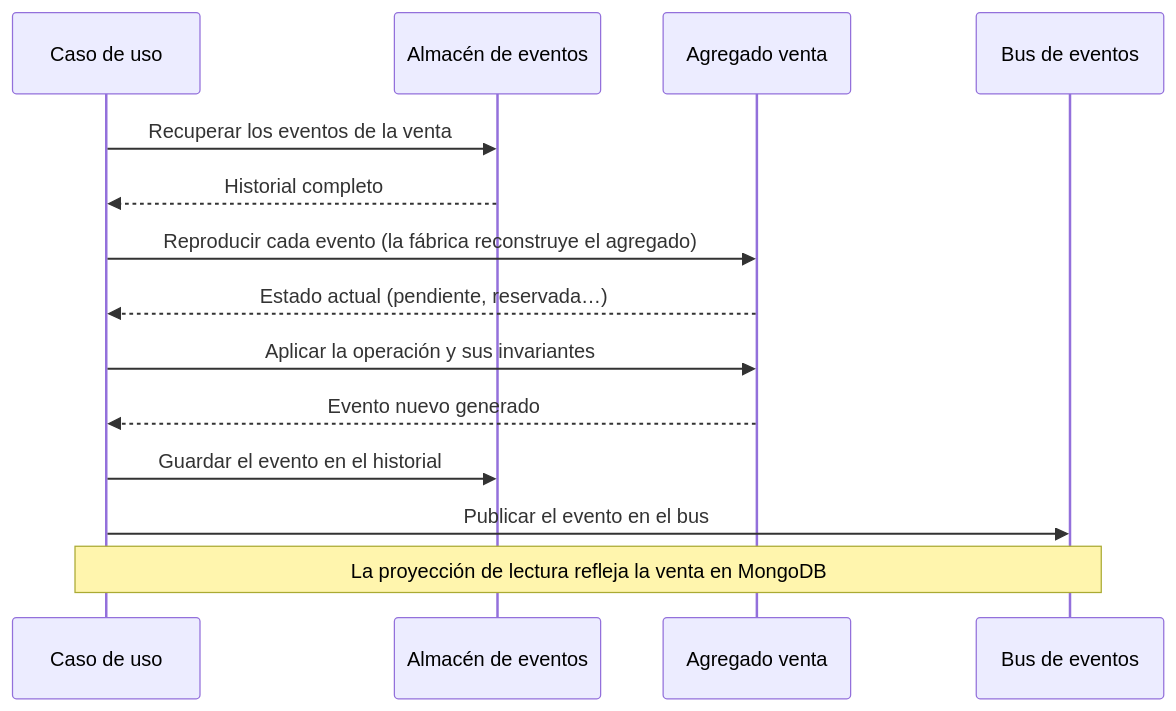
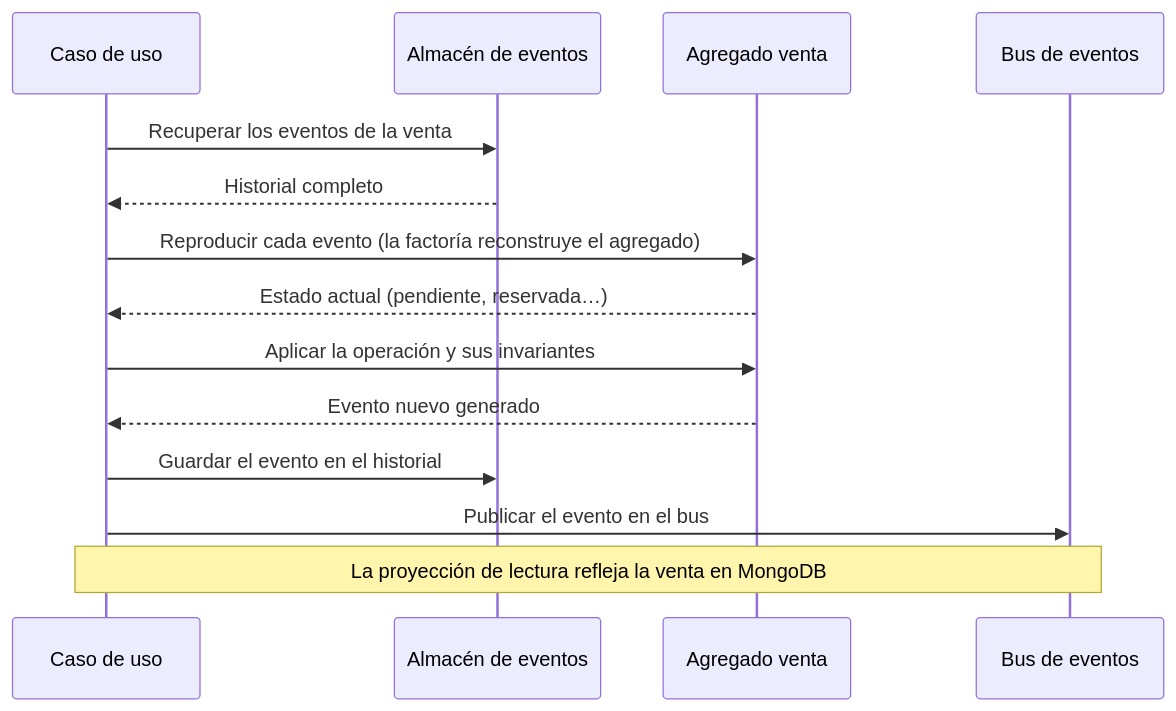
The second of 3 diagrams in docs/01-backend.md (ibracb/segundum), drawn with Mermaid before and after one commit. The commit also changed other lines of this file and 4 other files, not shown here.

````diff
--- a/docs/01-backend.md
+++ b/docs/01-backend.md
@@ -240,17 +249,17 @@
 ```mermaid
 sequenceDiagram
     participant C as Caso de uso
     participant A as Almacén de eventos
     participant V as Agregado venta
     participant B as Bus de eventos
 
     C->>A: Recuperar los eventos de la venta
     A-->>C: Historial completo
-    C->>V: Reproducir cada evento (la fábrica reconstruye el agregado)
+    C->>V: Reproducir cada evento (la factoría reconstruye el agregado)
     V-->>C: Estado actual (pendiente, reservada…)
     C->>V: Aplicar la operación y sus invariantes
     V-->>C: Evento nuevo generado
     C->>A: Guardar el evento en el historial
     C->>B: Publicar el evento en el bus
     Note over C,B: La proyección de lectura refleja la venta en MongoDB
 ```
````
